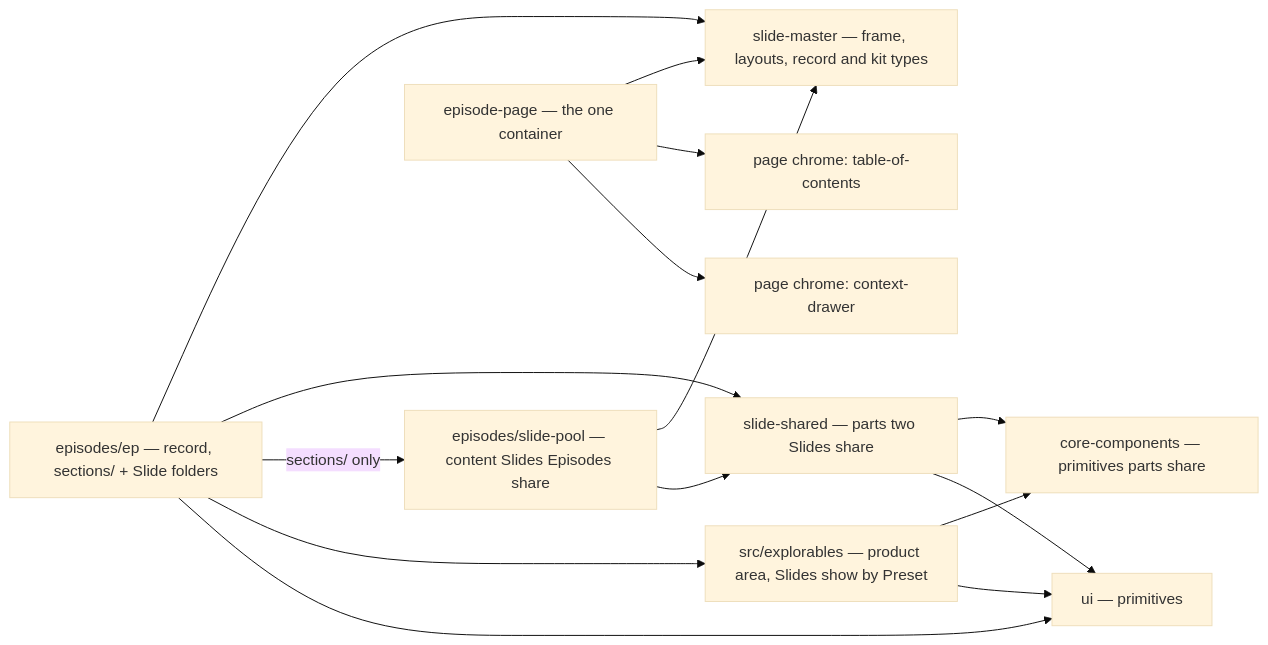
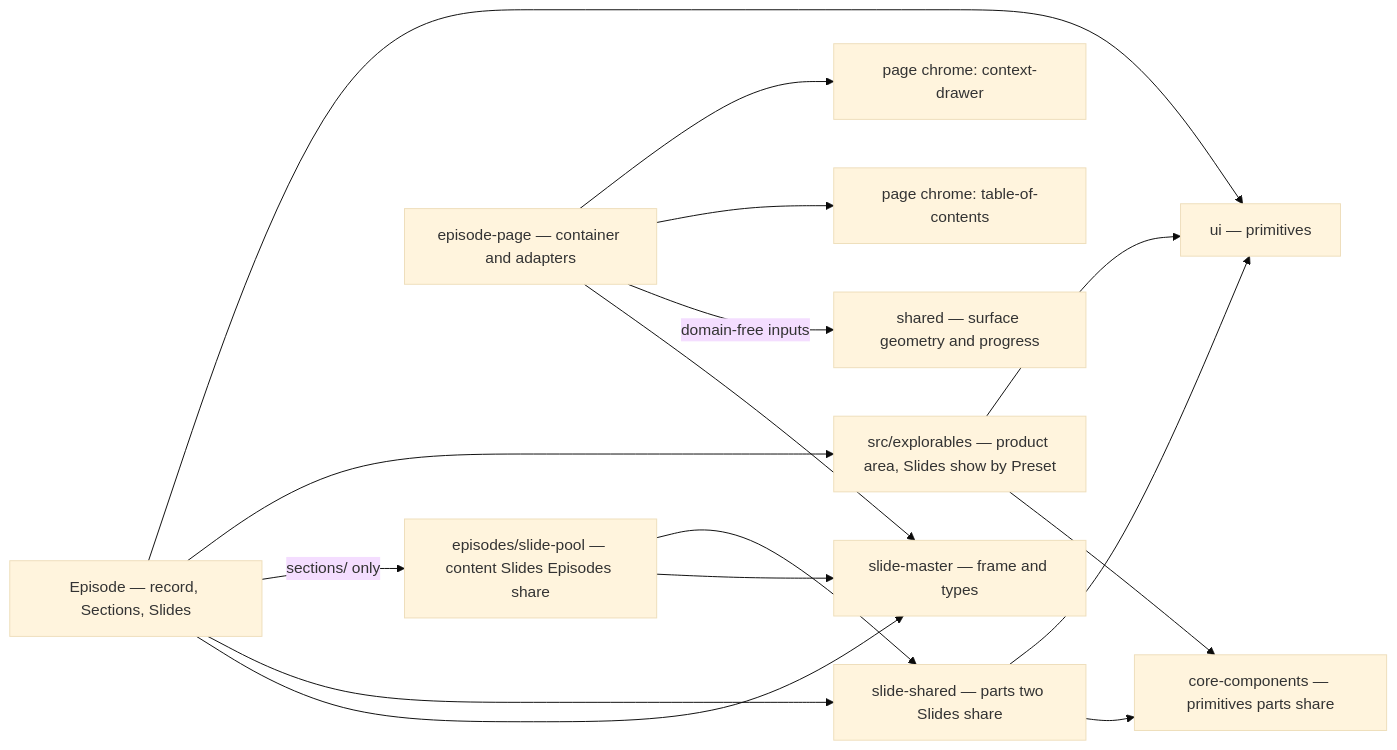
Before and after one commit to hancrafted/content-library: the second of 5 diagrams in .archgate/adrs/FE-004-slide-architecture.md, drawn with Mermaid (base theme). The commit also changed other lines of this file and 5 other files, not shown here.

First line of the commit message:
docs(episodes): reconcile approved slide presentation governance

````diff
--- a/.archgate/adrs/FE-004-slide-architecture.md
+++ b/.archgate/adrs/FE-004-slide-architecture.md
@@ -54,17 +54,18 @@
 ```mermaid
 flowchart LR
-  ep["episodes/ep — record, sections/ + Slide folders"] --> master["slide-master — frame, layouts, record and kit types"]
+  ep["Episode — record, Sections, Slides"] --> master["slide-master — frame and types"]
   ep --> shared["slide-shared — parts two Slides share"]
   ep -- "sections/ only" --> pool["episodes/slide-pool — content Slides Episodes share"]
   pool --> master
   pool --> shared
   ep --> explain["src/explorables — product area, Slides show by Preset"]
   explain --> core["core-components — primitives parts share"]
   explain --> ui
   shared --> core
   ep --> ui["ui — primitives"]
   shared --> ui
-  container["episode-page — the one container"] --> master
+  container["episode-page — container and adapters"] --> master
+  container -- "domain-free inputs" --> clock["shared — surface geometry and progress"]
   container --> toc["page chrome: table-of-contents"]
   container --> drawer["page chrome: context-drawer"]
 ```
````
